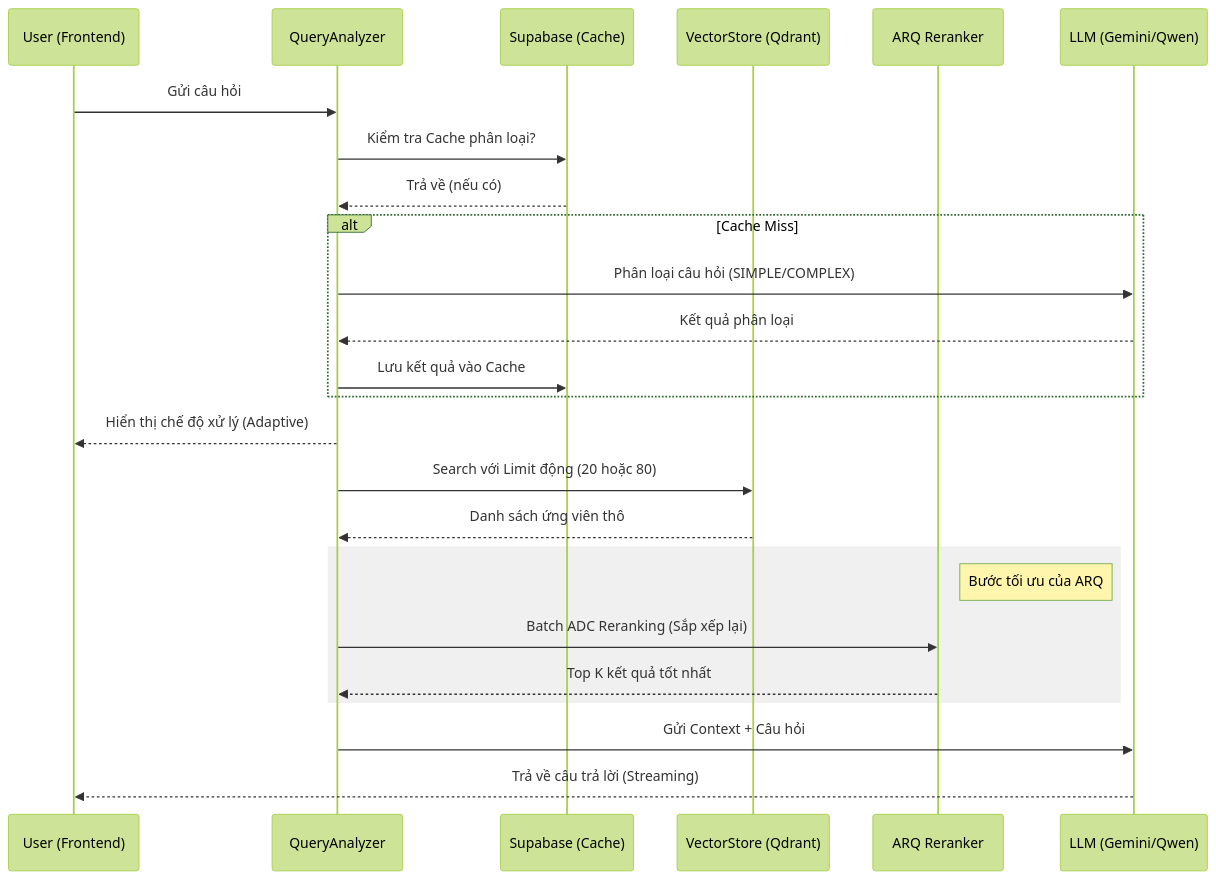
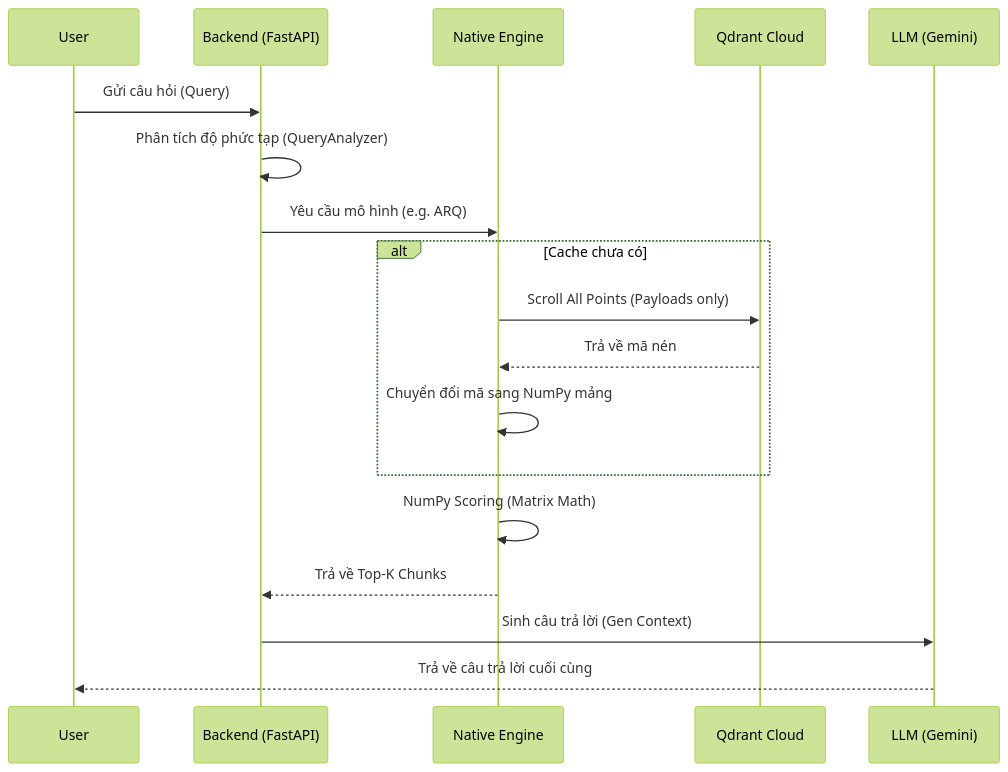
The diagram in ARCHITECTURE.md (Neshaki091/ARQ-RAG-turboquant), drawn with Mermaid (forest theme) before and after one commit. The commit also changed other lines of this file and 41 other files, not shown here.

Commit message:
Refactor kiến trúc Native Backend Retrieval, tối ưu RAM và cập nhật tài liệu chuyên sâu

````diff
--- a/ARCHITECTURE.md
+++ b/ARCHITECTURE.md
@@ -44,31 +30,21 @@
 ```mermaid
 sequenceDiagram
-    participant U as User (Frontend)
-    participant Q as QueryAnalyzer
-    participant S as Supabase (Cache)
-    participant V as VectorStore (Qdrant)
-    participant A as ARQ Reranker
-    participant L as LLM (Gemini/Qwen)
+    participant U as User
+    participant B as Backend (FastAPI)
+    participant N as Native Engine
+    participant QC as Qdrant Cloud
+    participant L as LLM (Gemini)
 
-    U->>Q: Gửi câu hỏi
-    Q->>S: Kiểm tra Cache phân loại?
-    S-->>Q: Trả về (nếu có)
-    alt Cache Miss
-        Q->>L: Phân loại câu hỏi (SIMPLE/COMPLEX)
-        L-->>Q: Kết quả phân loại
-        Q->>S: Lưu kết quả vào Cache
+    U->>B: Gửi câu hỏi (Query)
+    B->>B: Phân tích độ phức tạp (QueryAnalyzer)
+    B->>N: Yêu cầu mô hình (e.g. ARQ)
+    alt Cache chưa có
+        N->>QC: Scroll All Points (Payloads only)
+        QC-->>N: Trả về mã nén
+        N->>N: Chuyển đổi mã sang NumPy mảng
     end
-    Q-->>U: Hiển thị chế độ xử lý (Adaptive)
-    
-    Q->>V: Search với Limit động (20 hoặc 80)
-    V-->>Q: Danh sách ứng viên thô
-    
-    rect rgb(240, 240, 240)
-        Note right of A: Bước tối ưu của ARQ
-        Q->>A: Batch ADC Reranking (Sắp xếp lại)
-        A-->>Q: Top K kết quả tốt nhất
-    end
-    
-    Q->>L: Gửi Context + Câu hỏi
-    L-->>U: Trả về câu trả lời (Streaming)
+    N->>N: NumPy Scoring (Matrix Math)
+    N-->>B: Trả về Top-K Chunks
+    B->>L: Sinh câu trả lời (Gen Context)
+    L-->>U: Trả về câu trả lời cuối cùng
 ```
````
